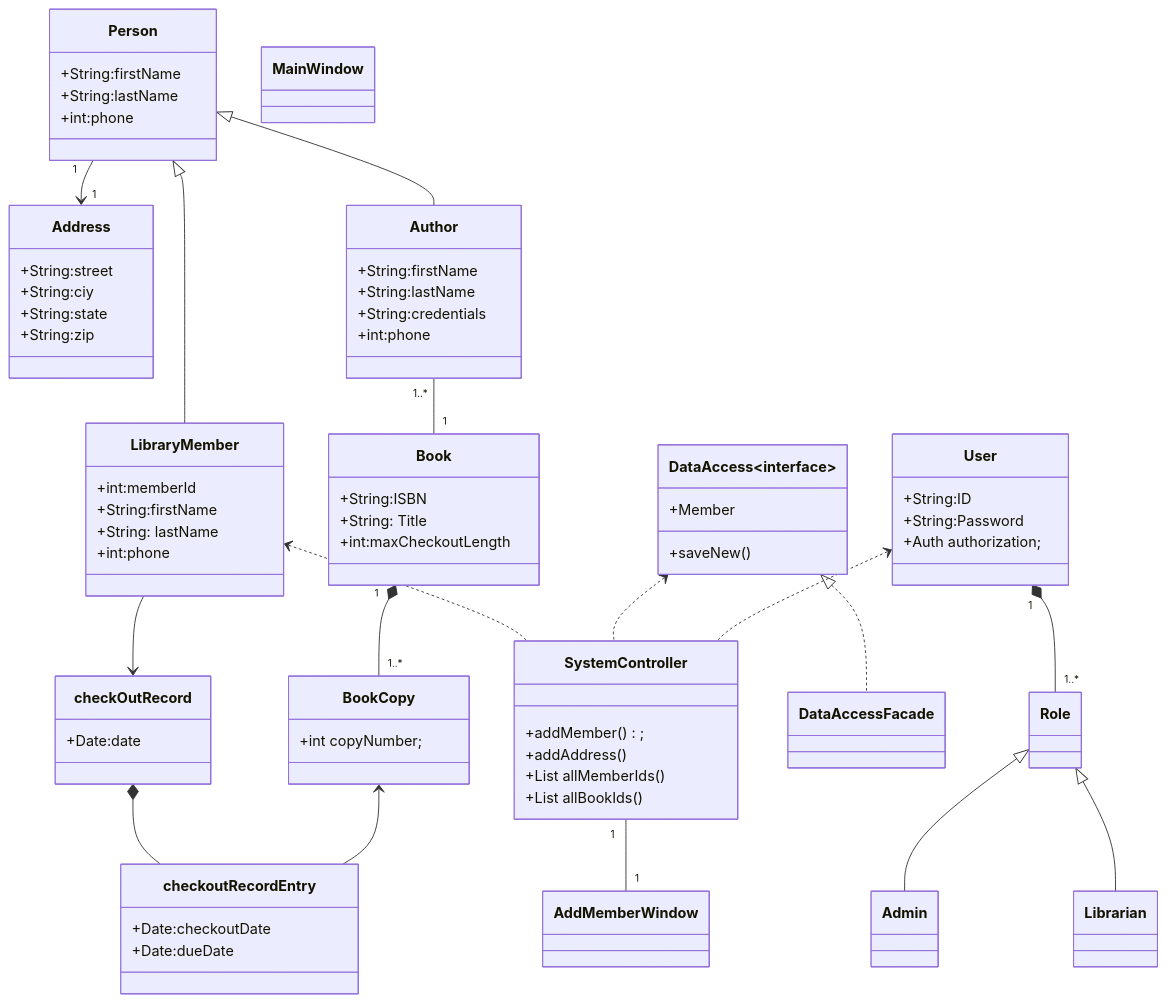
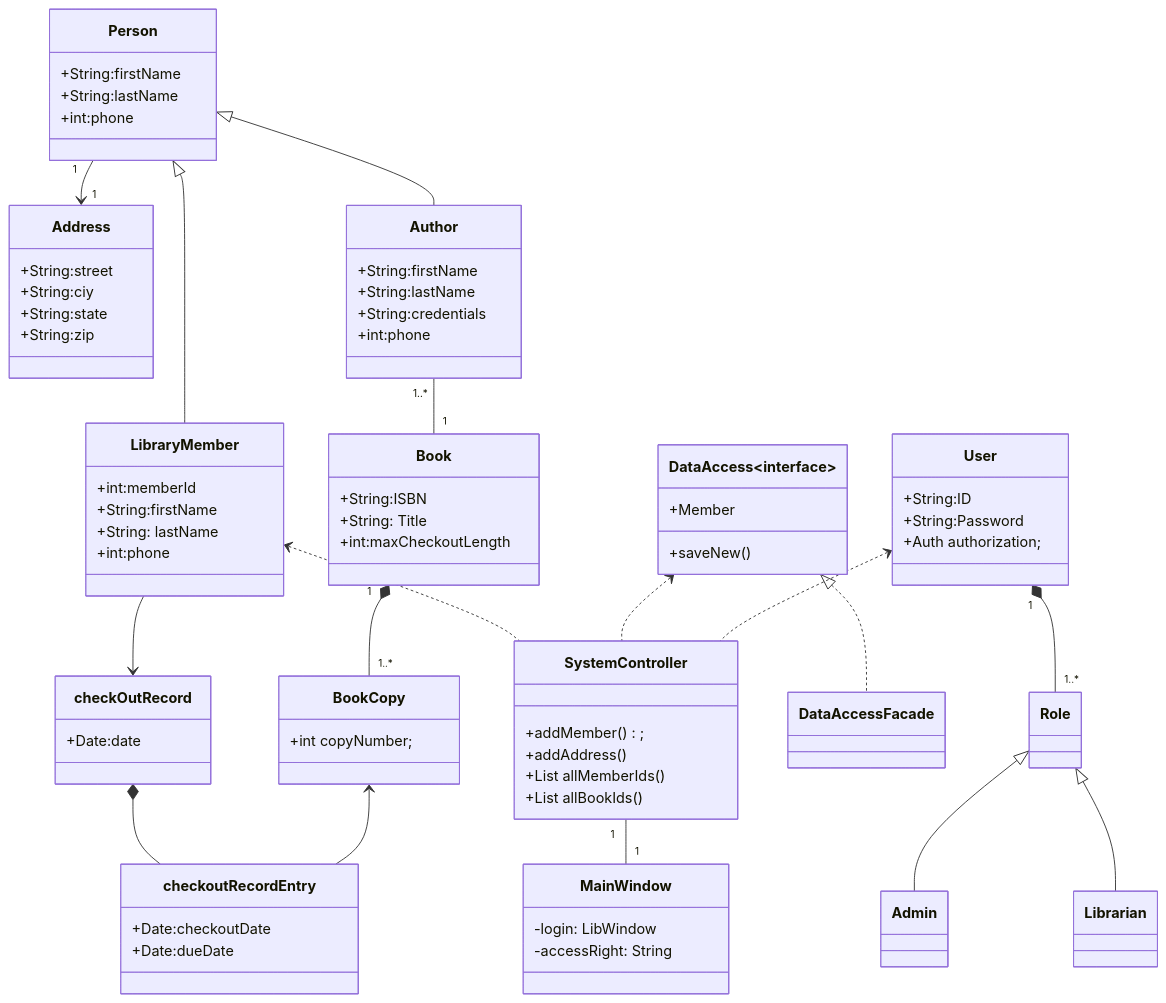
The diagram in docs/classdiagram.md (RazorSh4rk/MPP), drawn with Mermaid before and after one commit.

Commit message:
Class Diagram changed

```diff
--- a/docs/classdiagram.md
+++ b/docs/classdiagram.md
@@ -56,7 +56,8 @@
     }
 
     class MainWindow{
-       
+       -login: LibWindow
+      -accessRight: String
     }
 
     class User{
@@ -86,7 +87,7 @@
 Book "1" *-- "1..*" BookCopy
 checkOutRecord *-- checkoutRecordEntry
 Author "1..*" -- "1" Book
-SystemController "1" -- "1" AddMemberWindow
+SystemController "1" -- "1" MainWindow
 LibraryMember <.. SystemController
  DataAccess<.. SystemController
  User <.. SystemController
```
